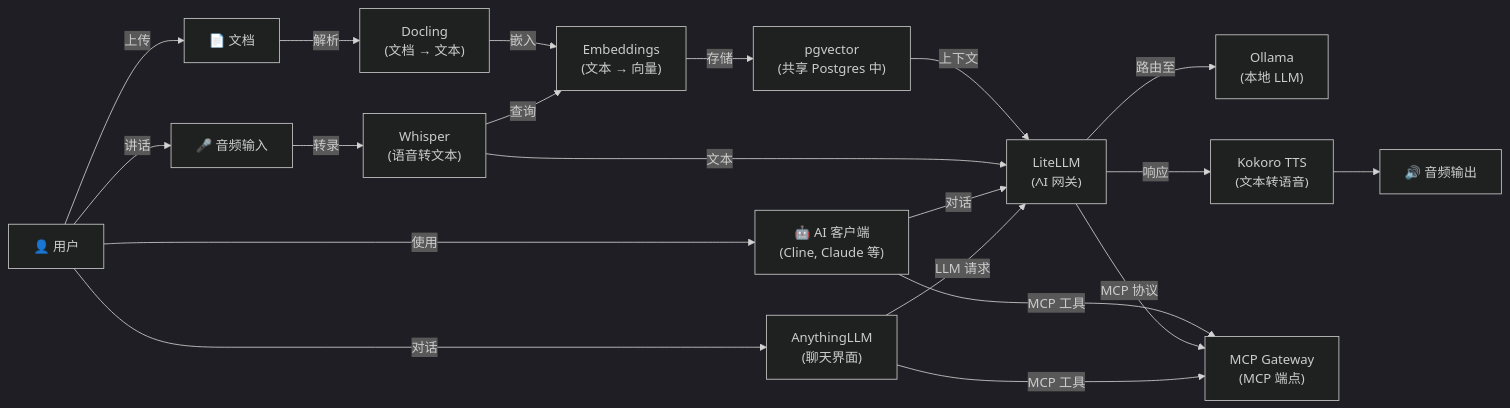
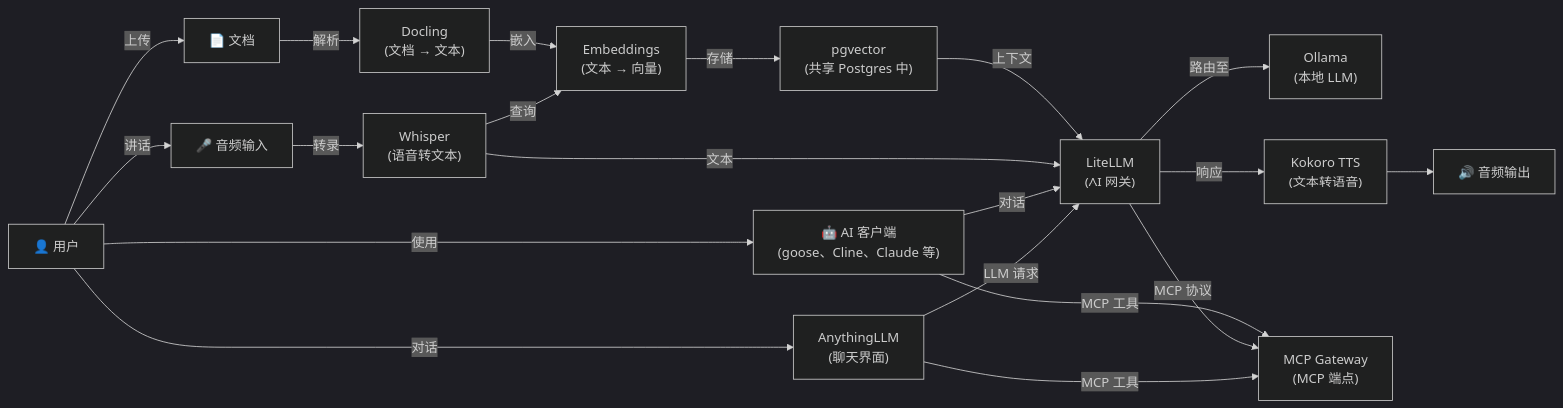
The diagram in README-zh.md (hwdsl2/self-hosted-ai-stack), drawn with Mermaid (dark theme) before and after one commit. The commit also changed other lines of this file and 12 other files, not shown here.

````diff
--- a/README-zh.md
+++ b/README-zh.md
@@ -185,22 +190,22 @@
 ```mermaid
 graph LR
     A["🎤 音频输入"] -->|转录| W["Whisper<br/>(语音转文本)"]
     D["📄 文档"] -->|解析| DC["Docling<br/>(文档 → 文本)"]
     DC -->|嵌入| E["Embeddings<br/>(文本 → 向量)"]
     E -->|存储| VDB["pgvector<br/>(共享 Postgres 中)"]
     W -->|查询| E
     VDB -->|上下文| L["LiteLLM<br/>(AI 网关)"]
     W -->|文本| L
     L -->|路由至| O["Ollama<br/>(本地 LLM)"]
     L -->|响应| T["Kokoro TTS<br/>(文本转语音)"]
     T --> B["🔊 音频输出"]
-    C["🤖 AI 客户端<br/>(Cline, Claude 等)"] -->|MCP 工具| M["MCP Gateway<br/>(MCP 端点)"]
+    C["🤖 AI 客户端<br/>(goose、Cline、Claude 等)"] -->|MCP 工具| M["MCP Gateway<br/>(MCP 端点)"]
     C -->|对话| L
     L -->|MCP 协议| M
     U["👤 用户"] -->|对话| AN["AnythingLLM<br/>(聊天界面)"]
     AN -->|LLM 请求| L
     AN -->|MCP 工具| M
     U -->|使用| C
     U -->|讲话| A
     U -->|上传| D
 ```
````
